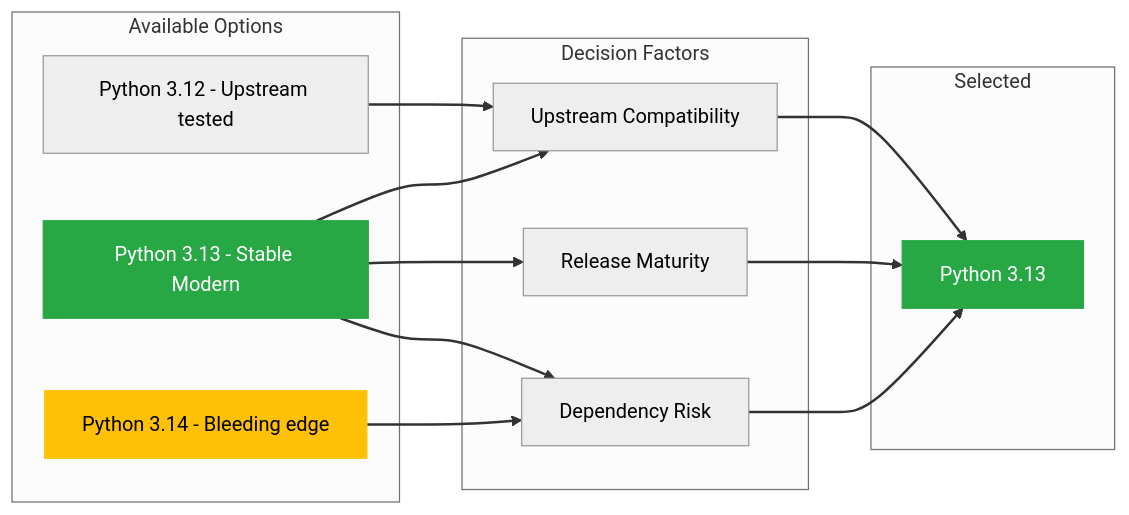
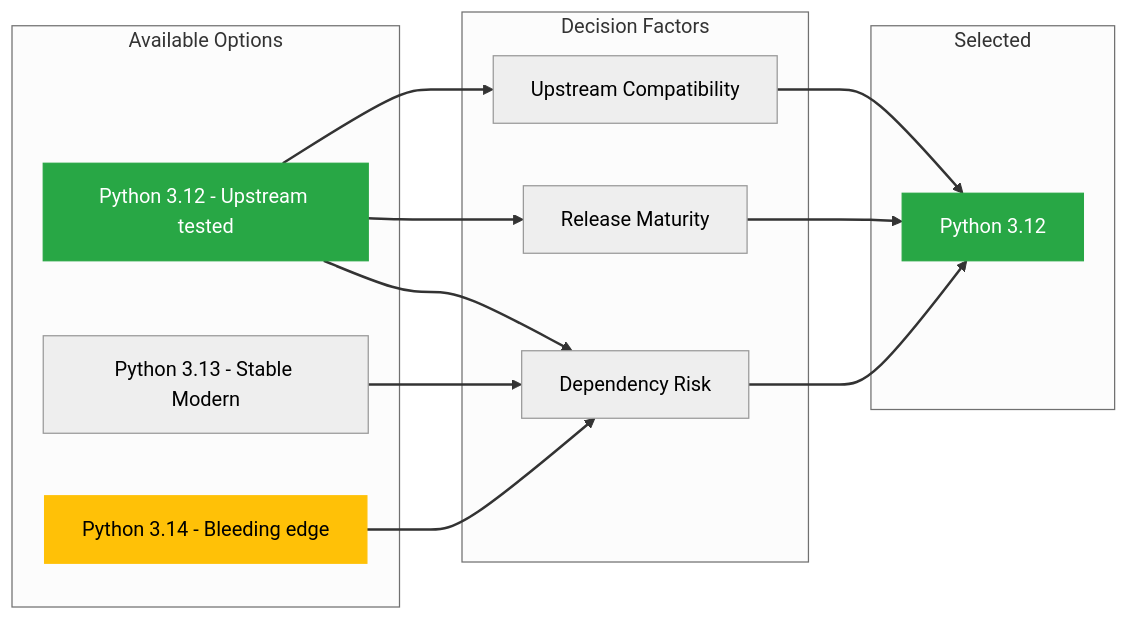
The seventh of 7 diagrams in docs/ARCHITECTURE.md (datastreamapp/terraform-waf-module), drawn with Mermaid (neutral theme) before and after one commit. The commit also changed other lines of this file and 16 other files, not shown here.

````diff
--- a/docs/ARCHITECTURE.md
+++ b/docs/ARCHITECTURE.md
@@ -254,34 +254,34 @@
 ```mermaid
 flowchart LR
     subgraph Options["Available Options"]
         P312["Python 3.12 - Upstream tested"]
         P313["Python 3.13 - Stable Modern"]
         P314["Python 3.14 - Bleeding edge"]
     end
 
     subgraph Decision["Decision Factors"]
         Compat["Upstream Compatibility"]
         Stable["Release Maturity"]
         Risk["Dependency Risk"]
     end
 
     subgraph Result["Selected"]
-        Winner["Python 3.13"]
+        Winner["Python 3.12"]
     end
 
     P312 --> Compat
-    P313 --> Compat
-    P313 --> Stable
+    P312 --> Stable
+    P312 --> Risk
     P313 --> Risk
     P314 --> Risk
 
     Compat --> Winner
     Stable --> Winner
     Risk --> Winner
 
-    style P313 fill:#28a745,stroke:#28a745,color:white
+    style P312 fill:#28a745,stroke:#28a745,color:white
     style Winner fill:#28a745,stroke:#28a745,color:white
     style P314 fill:#ffc107,stroke:#ffc107,color:black
 
     linkStyle default stroke:#333,stroke-width:2px
 ```
````
